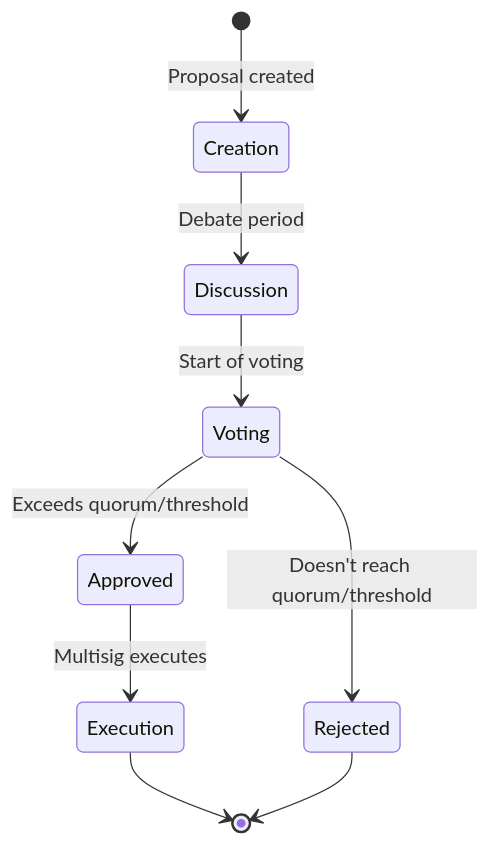
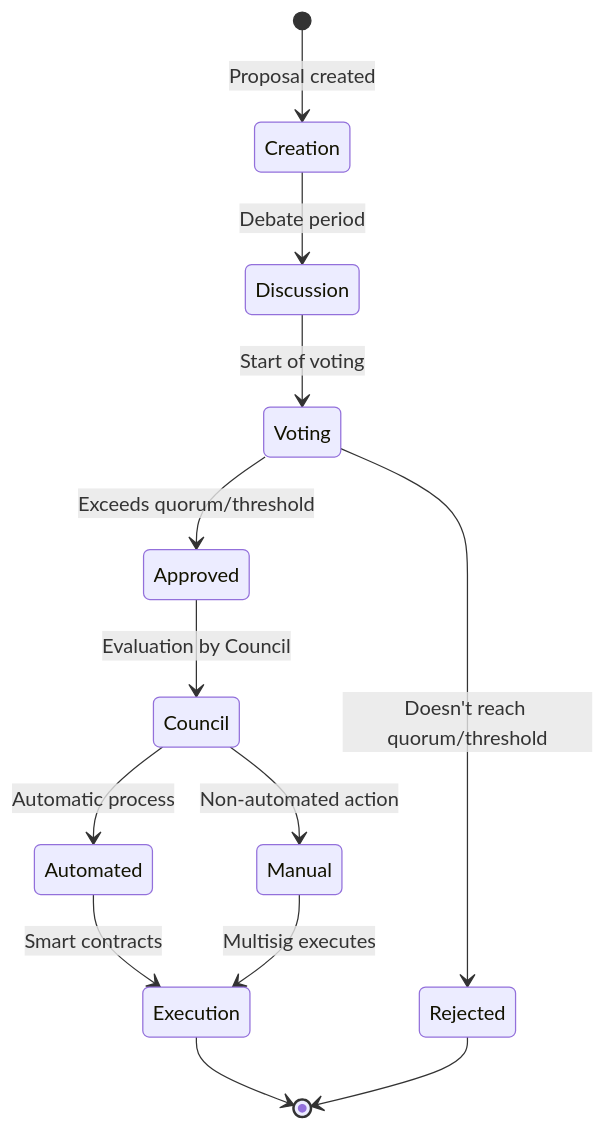
One commit to eth-ecuador/eth-ecuador-dao changed the fourth of 8 diagrams in YellowPaper_en.md. Above: the diagram before and after it, drawn with Mermaid. The commit also changed other lines of this file and 1 other file, not shown here.

Commit message:
Included the governance council figure

````diff
--- a/YellowPaper_en.md
+++ b/YellowPaper_en.md
@@ -184,11 +184,15 @@
 ```mermaid
 stateDiagram-v2
     [*] --> Creation: Proposal created
     Creation --> Discussion: Debate period
     Discussion --> Voting: Start of voting
     Voting --> Rejected: Doesn't reach quorum/threshold
     Voting --> Approved: Exceeds quorum/threshold
-    Approved --> Execution: Multisig executes
+    Approved --> Council: Evaluation by Council
+    Council --> Automated: Automatic process
+    Council --> Manual: Non-automated action
+    Automated --> Execution: Smart contracts
+    Manual --> Execution: Multisig executes
     Execution --> [*]
     Rejected --> [*]
 ```
````
